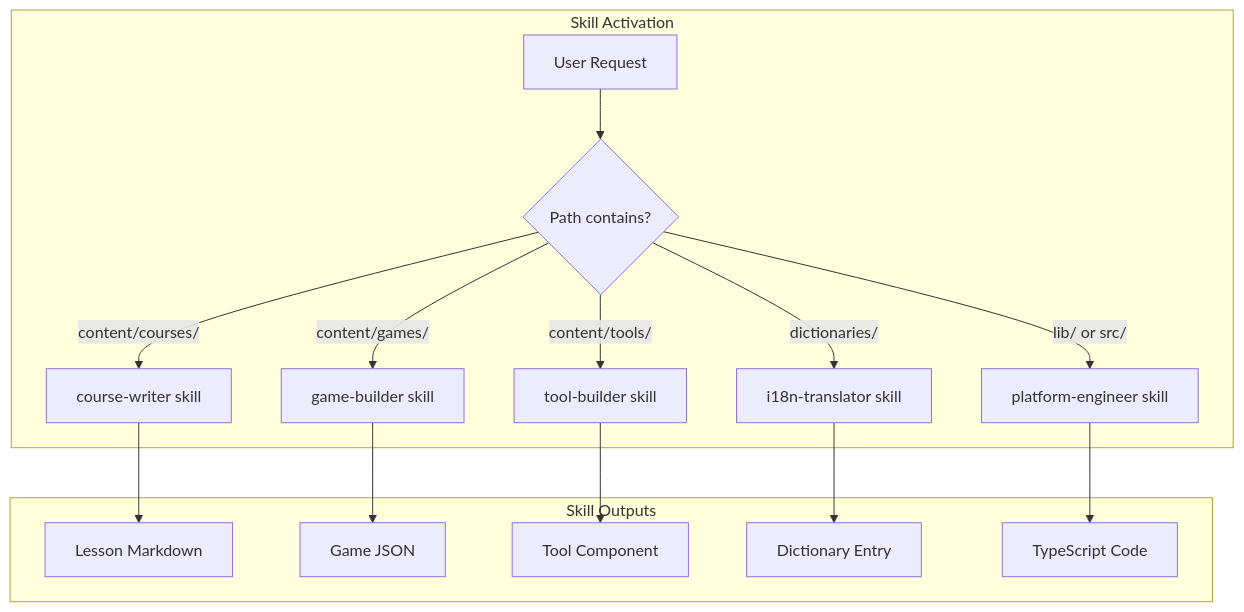
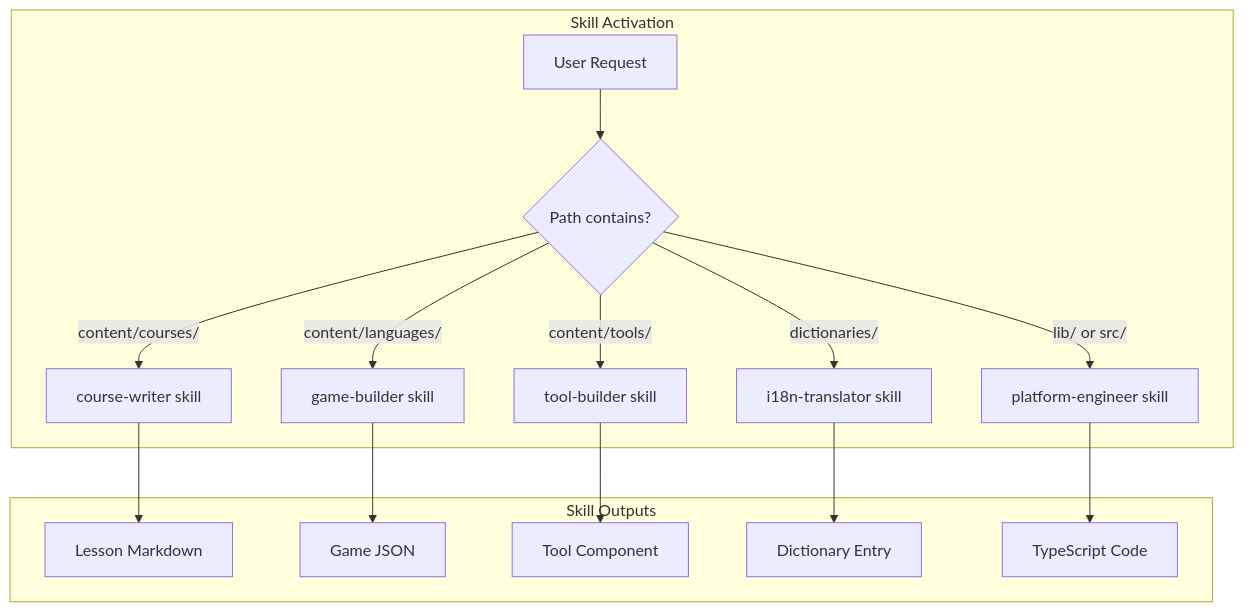
Before and after one commit to nuniversity/nuniversity.github.io: the sixth of 14 diagrams in docs/ai/OPENCODE-HARNESS.md, drawn with Mermaid. The commit also changed other lines of this file and 70 other files, not shown here.

````diff
--- a/docs/ai/OPENCODE-HARNESS.md
+++ b/docs/ai/OPENCODE-HARNESS.md
@@ -908,19 +866,19 @@
 ```mermaid
 graph TB
     subgraph "Skill Activation"
         A[User Request] --> B{Path contains?}
         B -->|"content/courses/"| C[course-writer skill]
-        B -->|"content/games/"| D[game-builder skill]
+        B -->|"content/languages/"| D[game-builder skill]
         B -->|"content/tools/"| E[tool-builder skill]
         B -->|"dictionaries/"| F[i18n-translator skill]
         B -->|"lib/ or src/"| G[platform-engineer skill]
     end
 
     subgraph "Skill Outputs"
         C --> C1[Lesson Markdown]
         D --> D1[Game JSON]
         E --> E1[Tool Component]
         F --> F1[Dictionary Entry]
         G --> G1[TypeScript Code]
     end
 ```
````
